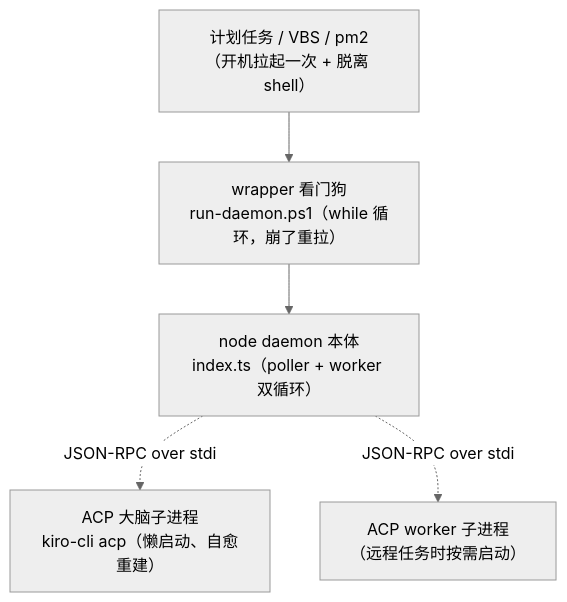
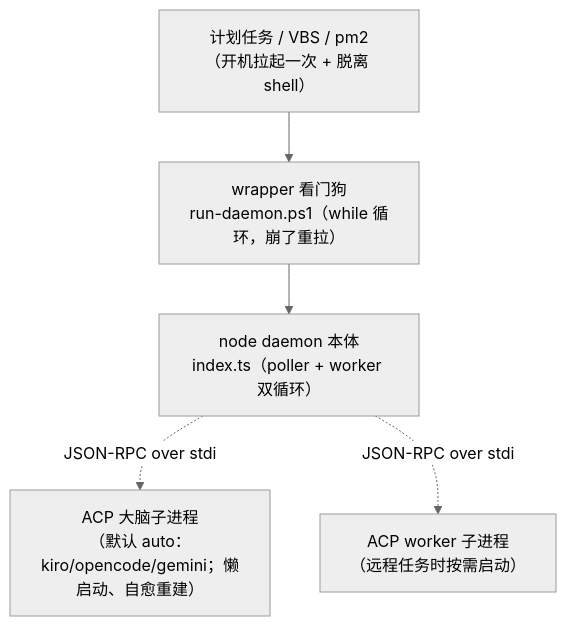
The third of 6 diagrams in docs/repowiki/02-系统架构.md (imwangpan/WeMind), drawn with Mermaid (neutral theme) before and after one commit. The commit also changed other lines of this file and 32 other files, not shown here.

````diff
--- a/docs/repowiki/02-系统架构.md
+++ b/docs/repowiki/02-系统架构.md
@@ -86,13 +88,13 @@
 ```mermaid
 graph TD
     TRIGGER["计划任务 / VBS / pm2<br/>（开机拉起一次 + 脱离 shell）"]
     WRAPPER["wrapper 看门狗<br/>run-daemon.ps1（while 循环，崩了重拉）"]
     NODE["node daemon 本体<br/>index.ts（poller + worker 双循环）"]
-    BRAINP["ACP 大脑子进程<br/>kiro-cli acp（懒启动、自愈重建）"]
+    BRAINP["ACP 大脑子进程<br/>（默认 auto：kiro/opencode/gemini；懒启动、自愈重建）"]
     WORKERP["ACP worker 子进程<br/>（远程任务时按需启动）"]
 
     TRIGGER --> WRAPPER
     WRAPPER --> NODE
     NODE -.JSON-RPC over stdio.-> BRAINP
     NODE -.JSON-RPC over stdio.-> WORKERP
 ```
````
